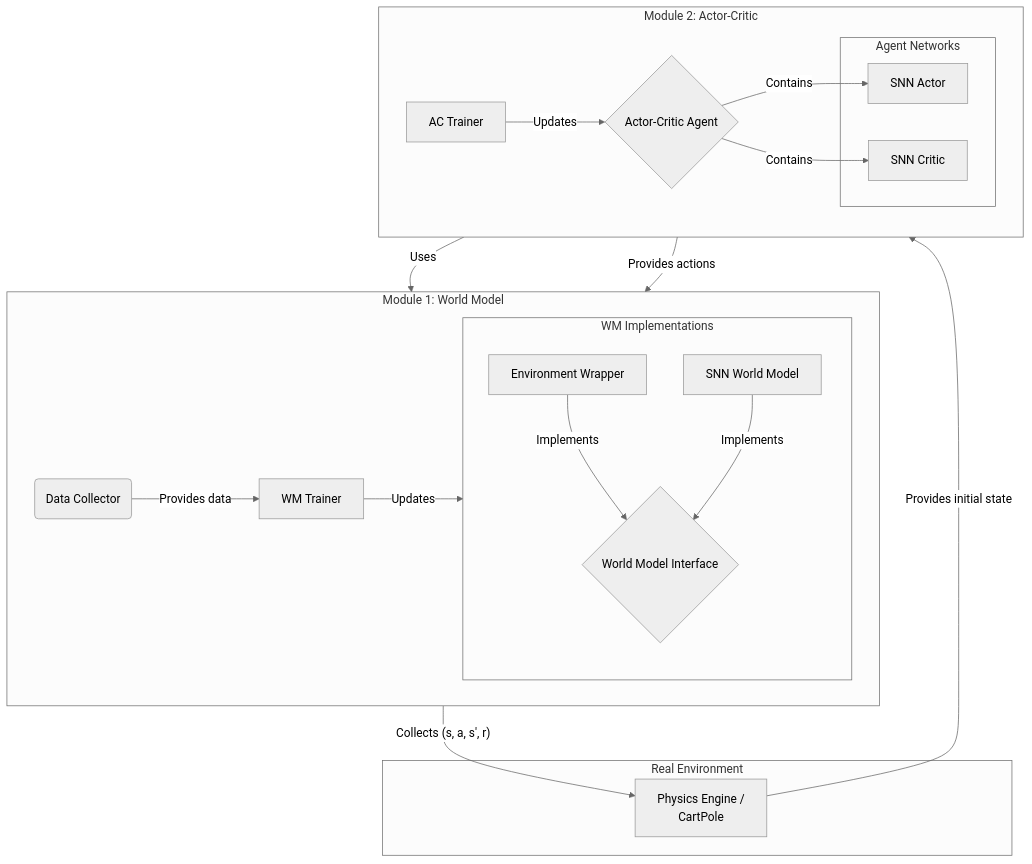
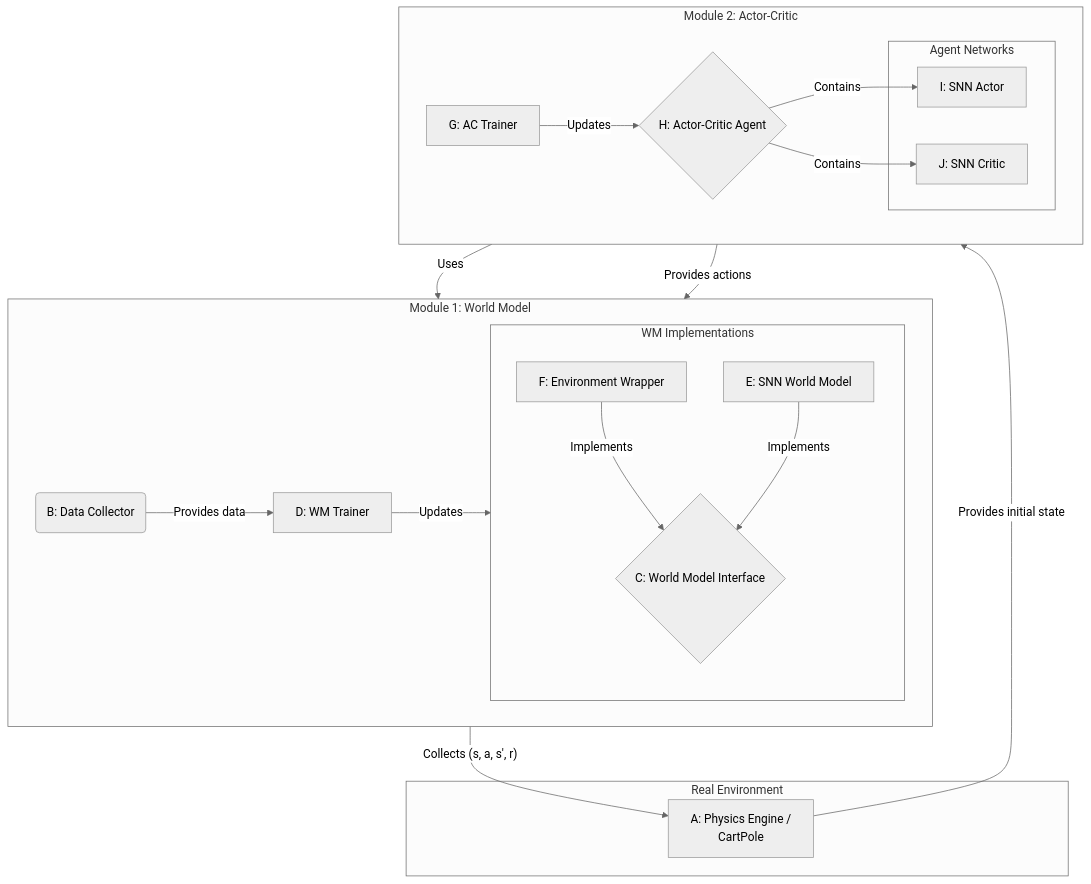
One commit to Alex-Vasilache/NMBRL changed the first of 2 diagrams in README.md. Above: the diagram before and after it, drawn with Mermaid (neutral theme).

Commit message:
docs: Add component IDs to architecture diagram

````diff
--- a/README.md
+++ b/README.md
@@ -24,35 +24,35 @@
 ```mermaid
 graph TD
     subgraph "Real Environment"
-        A[Physics Engine /<br/> CartPole]
+        A["A: Physics Engine /<br/> CartPole"]
     end
 
     subgraph "Module 1: World Model"
         direction LR
-        B(Data Collector) -- "Collects (s, a, s', r)" --> A
-        C{World Model Interface}
-        B -- "Provides data" --> D[WM Trainer]
-        D -- "Updates" --> E[SNN World Model]
+        B("B: Data Collector") -- "Collects (s, a, s', r)" --> A
+        C{"C: World Model Interface"}
+        B -- "Provides data" --> D["D: WM Trainer"]
+        D -- "Updates" --> E["E: SNN World Model"]
         
         subgraph "WM Implementations"
             direction TB
-            F[Environment Wrapper] -- "Implements" --> C
+            F["F: Environment Wrapper"] -- "Implements" --> C
             E -- "Implements" --> C
         end
     end
     
     subgraph "Module 2: Actor-Critic"
         direction LR
-        G[AC Trainer] -- "Uses" --> C
-        G -- "Updates" --> H{Actor-Critic Agent}
+        G["G: AC Trainer"] -- "Uses" --> C
+        G -- "Updates" --> H{"H: Actor-Critic Agent"}
         H -- "Provides actions" --> C
         subgraph "Agent Networks"
-            I[SNN Actor]
-            J[SNN Critic]
+            I["I: SNN Actor"]
+            J["J: SNN Critic"]
         end
         H -- "Contains" --> I
         H -- "Contains" --> J
     end
 
     A -- "Provides initial state" --> G
 ```
````
